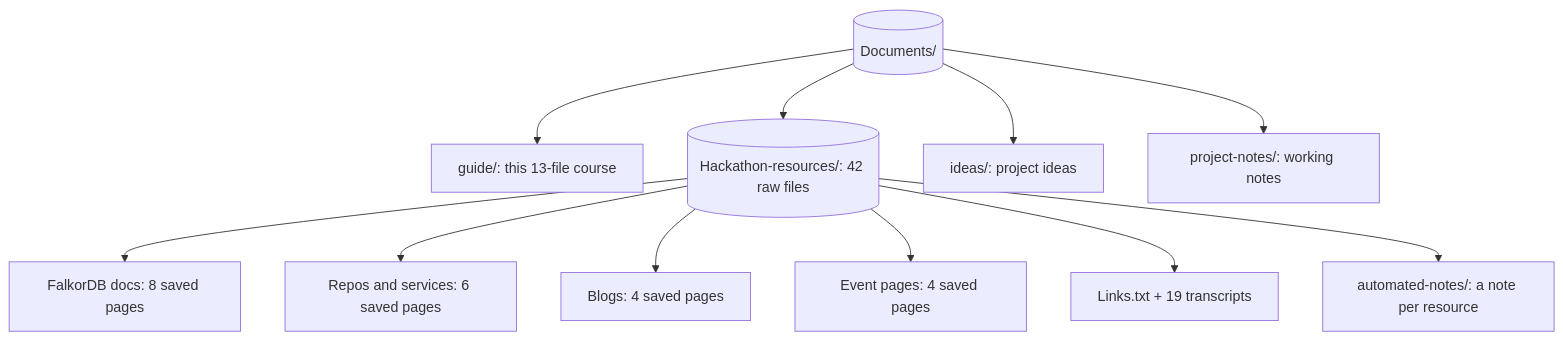
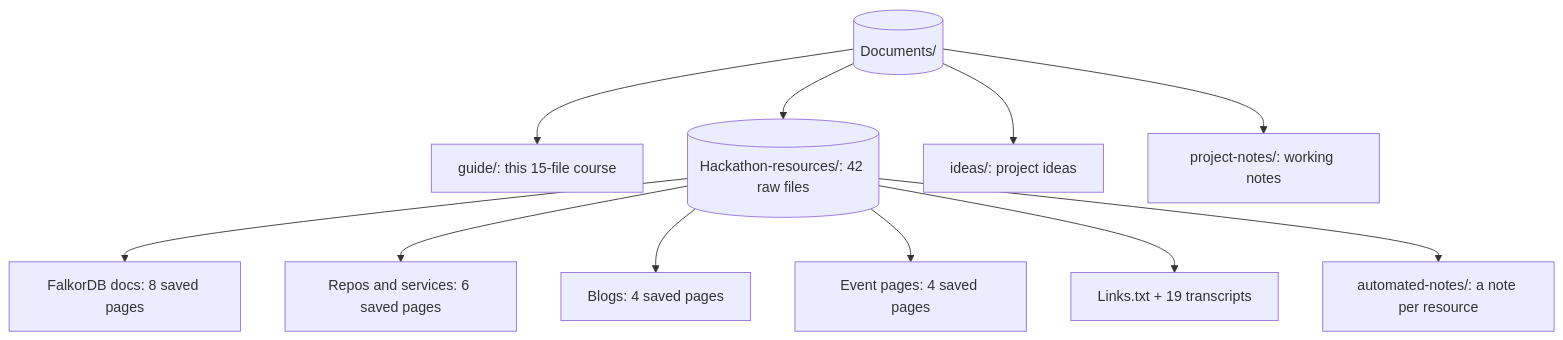
Before and after one commit to kintsugi-programmer/cto-ai: the diagram in Documents/guide/12-resources-map.md, drawn with Mermaid. The commit also changed other lines of this file and 5 other files, not shown here.

````diff
--- a/Documents/guide/12-resources-map.md
+++ b/Documents/guide/12-resources-map.md
@@ -14,13 +14,13 @@
 ```mermaid
 graph TD
-    R[("Documents/")] --> GR["guide/: this 13-file course"]
+    R[("Documents/")] --> GR["guide/: this 15-file course"]
     R --> HR[("Hackathon-resources/: 42 raw files")]
     R --> ID["ideas/: project ideas"]
     R --> PN["project-notes/: working notes"]
     HR --> DOC["FalkorDB docs: 8 saved pages"]
     HR --> REP["Repos and services: 6 saved pages"]
     HR --> B["Blogs: 4 saved pages"]
     HR --> EV["Event pages: 4 saved pages"]
     HR --> TX["Links.txt + 19 transcripts"]
     HR --> AN["automated-notes/: a note per resource"]
 ```
````
